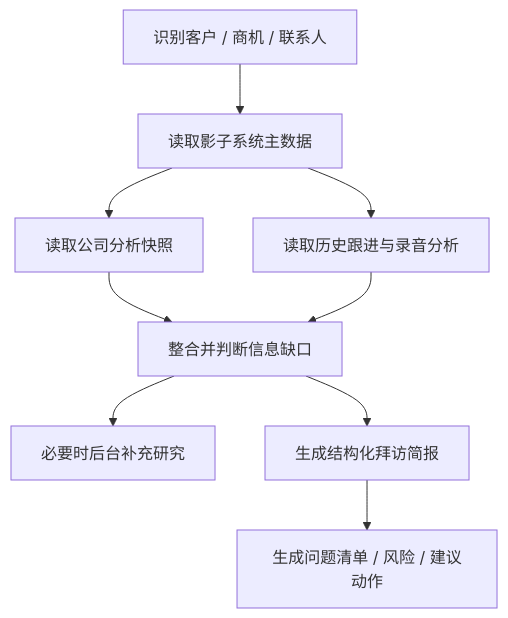
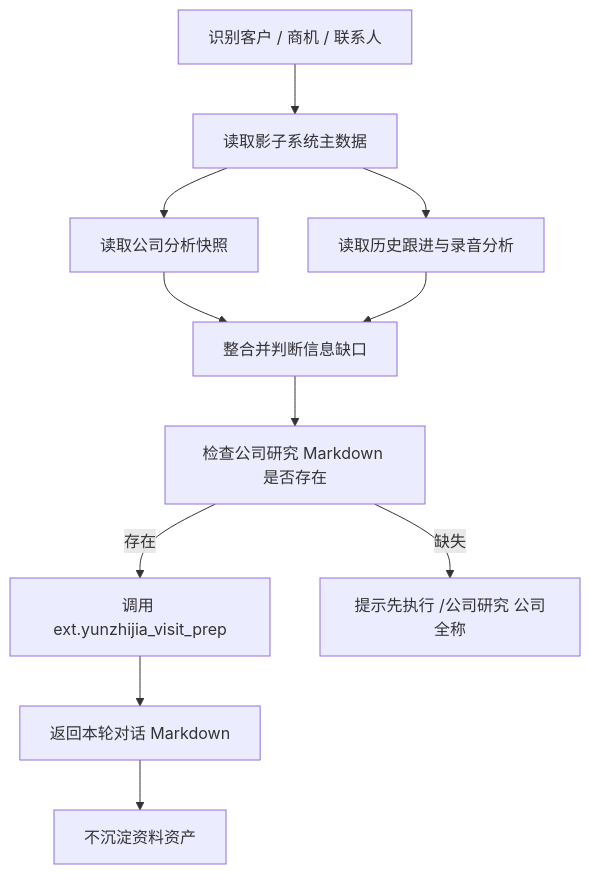
Before and after one commit to weeks1743/yzj-ai-crm: the diagram in docs/07-准备拜访材料场景设计.md, drawn with Mermaid. The commit also changed other lines of this file and 73 other files, not shown here.

````diff
--- a/docs/07-准备拜访材料场景设计.md
+++ b/docs/07-准备拜访材料场景设计.md
@@ -80,11 +116,13 @@
 ```mermaid
 flowchart TD
     A["识别客户 / 商机 / 联系人"] --> B["读取影子系统主数据"]
     B --> C["读取公司分析快照"]
     B --> D["读取历史跟进与录音分析"]
     C --> E["整合并判断信息缺口"]
     D --> E
-    E --> F["必要时后台补充研究"]
-    E --> G["生成结构化拜访简报"]
-    G --> H["生成问题清单 / 风险 / 建议动作"]
+    E --> F["检查公司研究 Markdown 是否存在"]
+    F -->|"存在"| G["调用 ext.yunzhijia_visit_prep"]
+    F -->|"缺失"| H["提示先执行 /公司研究 公司全称"]
+    G --> I["返回本轮对话 Markdown"]
+    I --> J["不沉淀资料资产"]
 ```
````
